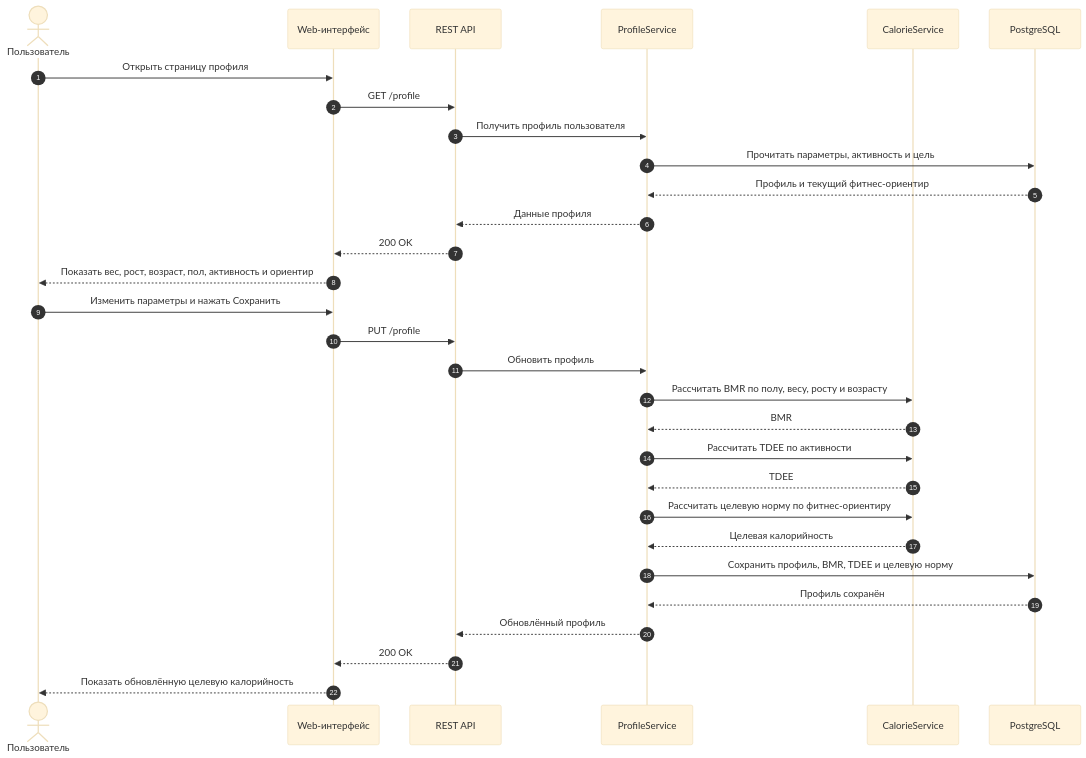
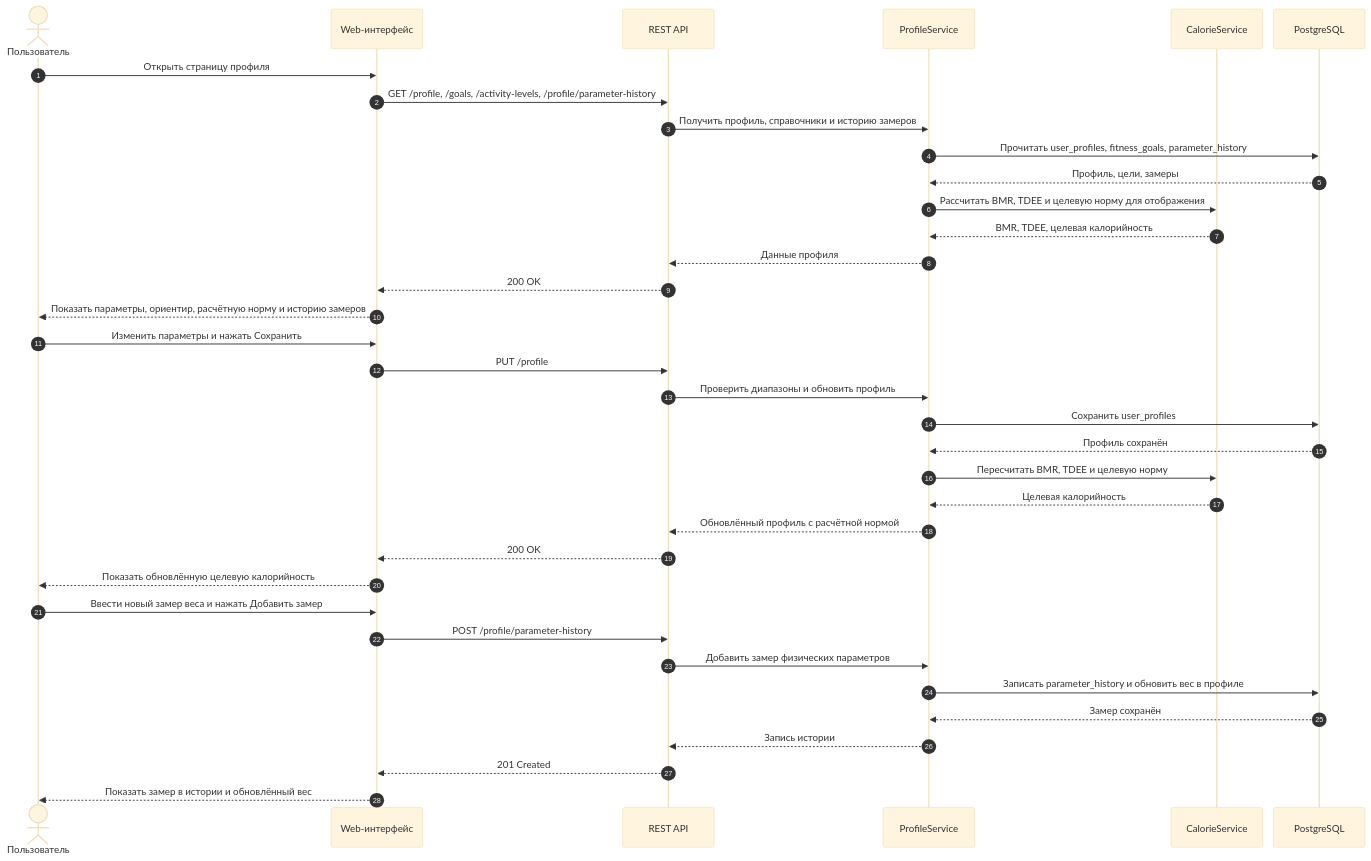
The diagram in Optimization-Methods/laba_2/diagrams/Posledovatelnost/02_Профиль_и_целевая_калорийность.mmd (Skipl1/ASOIU), drawn with Mermaid (base theme) before and after one commit. The commit also changed 54 other files, not shown here.

```diff
--- a/Optimization-Methods/laba_2/diagrams/Posledovatelnost/02_Профиль_и_целевая_калорийность.mmd
+++ b/Optimization-Methods/laba_2/diagrams/Posledovatelnost/02_Профиль_и_целевая_калорийность.mmd
@@ -1,32 +1,40 @@
+%%{init: {"sequence": {"actorMargin": 18, "messageMargin": 22, "boxMargin": 6}}}%%
 sequenceDiagram
     autonumber
     actor U as Пользователь
     participant Web as Web-интерфейс
     participant API as REST API
     participant Profile as ProfileService
     participant Calories as CalorieService
     participant DB as PostgreSQL
 
     U->>Web: Открыть страницу профиля
-    Web->>API: GET /profile
-    API->>Profile: Получить профиль пользователя
-    Profile->>DB: Прочитать параметры, активность и цель
-    DB-->>Profile: Профиль и текущий фитнес-ориентир
+    Web->>API: GET /profile, /goals, /activity-levels, /profile/parameter-history
+    API->>Profile: Получить профиль, справочники и историю замеров
+    Profile->>DB: Прочитать user_profiles, fitness_goals, parameter_history
+    DB-->>Profile: Профиль, цели, замеры
+    Profile->>Calories: Рассчитать BMR, TDEE и целевую норму для отображения
+    Calories-->>Profile: BMR, TDEE, целевая калорийность
     Profile-->>API: Данные профиля
     API-->>Web: 200 OK
-    Web-->>U: Показать вес, рост, возраст, пол, активность и ориентир
+    Web-->>U: Показать параметры, ориентир, расчётную норму и историю замеров
 
     U->>Web: Изменить параметры и нажать Сохранить
     Web->>API: PUT /profile
-    API->>Profile: Обновить профиль
-    Profile->>Calories: Рассчитать BMR по полу, весу, росту и возрасту
-    Calories-->>Profile: BMR
-    Profile->>Calories: Рассчитать TDEE по активности
-    Calories-->>Profile: TDEE
-    Profile->>Calories: Рассчитать целевую норму по фитнес-ориентиру
+    API->>Profile: Проверить диапазоны и обновить профиль
+    Profile->>DB: Сохранить user_profiles
+    DB-->>Profile: Профиль сохранён
+    Profile->>Calories: Пересчитать BMR, TDEE и целевую норму
     Calories-->>Profile: Целевая калорийность
-    Profile->>DB: Сохранить профиль, BMR, TDEE и целевую норму
-    DB-->>Profile: Профиль сохранён
-    Profile-->>API: Обновлённый профиль
+    Profile-->>API: Обновлённый профиль с расчётной нормой
     API-->>Web: 200 OK
     Web-->>U: Показать обновлённую целевую калорийность
+
+    U->>Web: Ввести новый замер веса и нажать Добавить замер
+    Web->>API: POST /profile/parameter-history
+    API->>Profile: Добавить замер физических параметров
+    Profile->>DB: Записать parameter_history и обновить вес в профиле
+    DB-->>Profile: Замер сохранён
+    Profile-->>API: Запись истории
+    API-->>Web: 201 Created
+    Web-->>U: Показать замер в истории и обновлённый вес
```
